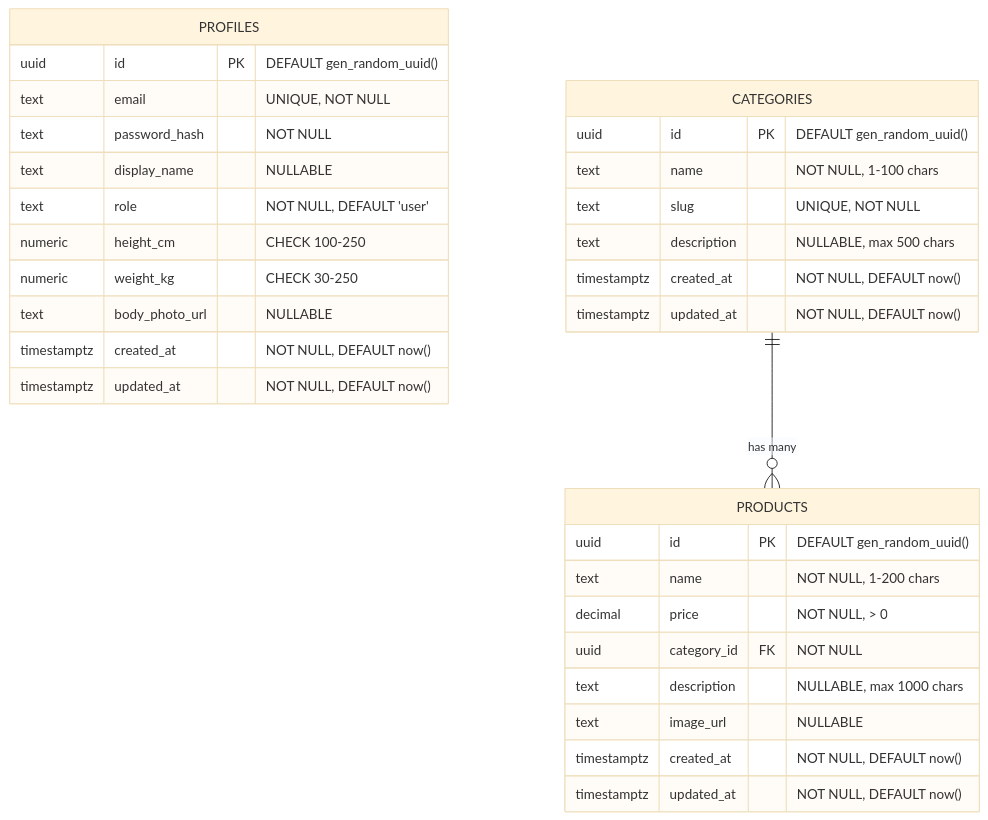
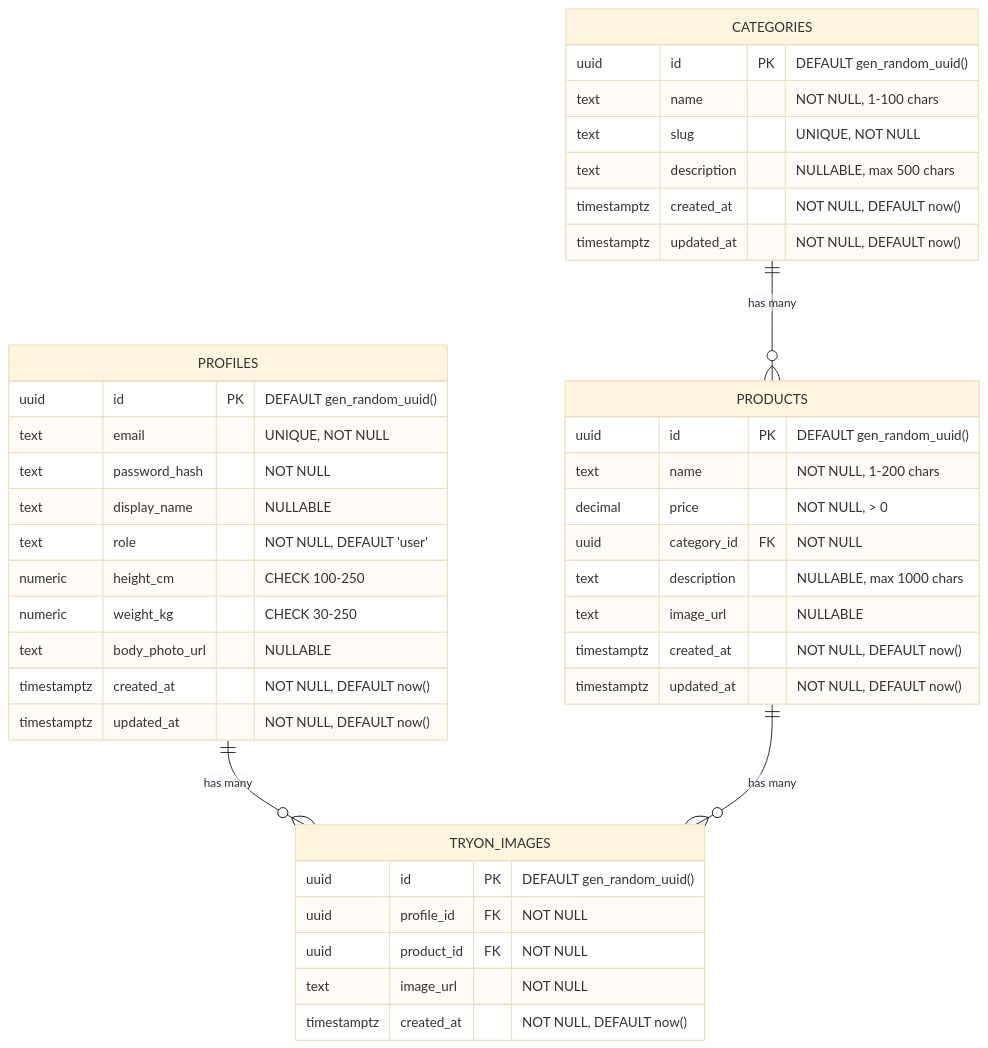
Before and after one commit to tungdtfgw/try-on: the diagram in design/database/schema.md, drawn with Mermaid (base theme). The commit also changed other lines of this file and 5 other files, not shown here.

````diff
--- a/design/database/schema.md
+++ b/design/database/schema.md
@@ -150,37 +202,47 @@
 ```mermaid
 erDiagram
     PROFILES {
         uuid id PK "DEFAULT gen_random_uuid()"
         text email "UNIQUE, NOT NULL"
         text password_hash "NOT NULL"
         text display_name "NULLABLE"
         text role "NOT NULL, DEFAULT 'user'"
         numeric height_cm "CHECK 100-250"
         numeric weight_kg "CHECK 30-250"
         text body_photo_url "NULLABLE"
         timestamptz created_at "NOT NULL, DEFAULT now()"
         timestamptz updated_at "NOT NULL, DEFAULT now()"
     }
 
     CATEGORIES {
         uuid id PK "DEFAULT gen_random_uuid()"
         text name "NOT NULL, 1-100 chars"
         text slug "UNIQUE, NOT NULL"
         text description "NULLABLE, max 500 chars"
         timestamptz created_at "NOT NULL, DEFAULT now()"
         timestamptz updated_at "NOT NULL, DEFAULT now()"
     }
 
     PRODUCTS {
         uuid id PK "DEFAULT gen_random_uuid()"
         text name "NOT NULL, 1-200 chars"
         decimal price "NOT NULL, > 0"
         uuid category_id FK "NOT NULL"
         text description "NULLABLE, max 1000 chars"
         text image_url "NULLABLE"
         timestamptz created_at "NOT NULL, DEFAULT now()"
         timestamptz updated_at "NOT NULL, DEFAULT now()"
     }
 
+    TRYON_IMAGES {
+        uuid id PK "DEFAULT gen_random_uuid()"
+        uuid profile_id FK "NOT NULL"
+        uuid product_id FK "NOT NULL"
+        text image_url "NOT NULL"
+        timestamptz created_at "NOT NULL, DEFAULT now()"
+    }
+
     CATEGORIES ||--o{ PRODUCTS : "has many"
+    PROFILES ||--o{ TRYON_IMAGES : "has many"
+    PRODUCTS ||--o{ TRYON_IMAGES : "has many"
 ```
````
